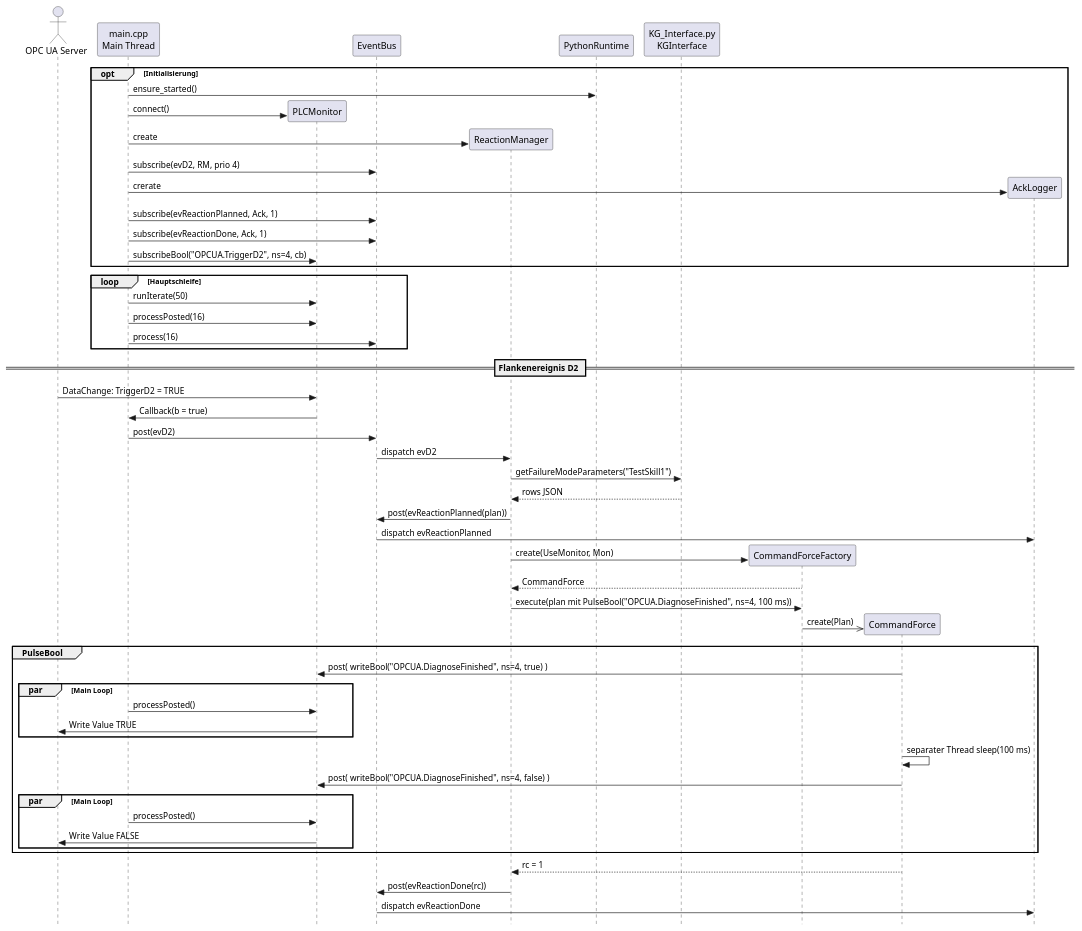
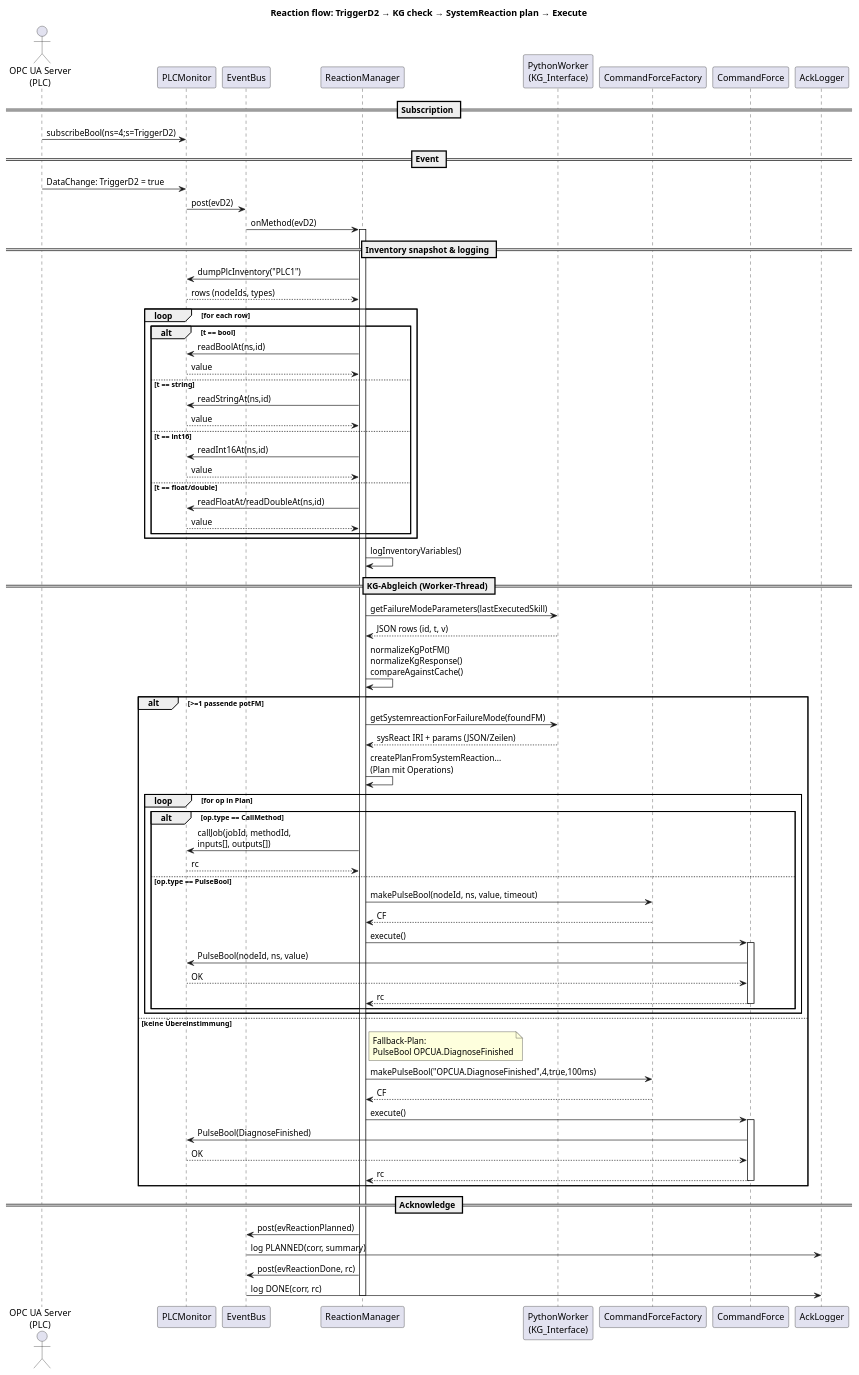
Before and after one commit to verkal1999/FMEA-MSR-EventSystem: the diagram in sequenz.plantuml, drawn with PlantUML.

```diff
--- a/sequenz.plantuml
+++ b/sequenz.plantuml
@@ -1,78 +1,88 @@
-@startuml Sequence
+@startuml
+title Reaction flow: TriggerD2 → KG check → SystemReaction plan → Execute
 
-
-skinparam style strictuml
-
-actor "OPC UA Server" as Server
-participant "main.cpp\nMain Thread" as Main
+actor "OPC UA Server\n(PLC)" as PLC
 participant "PLCMonitor" as Mon
 participant "EventBus" as Bus
 participant "ReactionManager" as RM
-participant "PythonRuntime" as PyRt
-participant "KG_Interface.py\nKGInterface" as KG
+participant "PythonWorker\n(KG_Interface)" as KG
 participant "CommandForceFactory" as CFF
 participant "CommandForce" as CF
 participant "AckLogger" as Ack
 
-opt Initialisierung
-  Main -> PyRt : ensure_started()
-  create Mon
-  Main -> Mon : connect()
-  create Bus
-  create RM
-  Main -> RM : create
-  Main -> Bus : subscribe(evD2, RM, prio 4)
-  create Ack
-  Main -> Ack : crerate
-  Main -> Bus : subscribe(evReactionPlanned, Ack, 1)
-  Main -> Bus : subscribe(evReactionDone, Ack, 1)
-  Main -> Mon : subscribeBool("OPCUA.TriggerD2", ns=4, cb)
+== Subscription ==
+PLC -> Mon: subscribeBool(ns=4;s=TriggerD2)
+
+== Event ==
+PLC -> Mon: DataChange: TriggerD2 = true
+Mon -> Bus: post(evD2)
+Bus -> RM: onMethod(evD2)
+activate RM
+
+== Inventory snapshot & logging ==
+RM -> Mon: dumpPlcInventory("PLC1")
+Mon --> RM: rows (nodeIds, types)
+loop for each row
+  alt t == bool
+    RM -> Mon: readBoolAt(ns,id)
+    Mon --> RM: value
+  else t == string
+    RM -> Mon: readStringAt(ns,id)
+    Mon --> RM: value
+  else t == int16
+    RM -> Mon: readInt16At(ns,id)
+    Mon --> RM: value
+  else t == float/double
+    RM -> Mon: readFloatAt/readDoubleAt(ns,id)
+    Mon --> RM: value
+  end
+end
+RM -> RM: logInventoryVariables()
+
+== KG-Abgleich (Worker-Thread) ==
+RM -> KG: getFailureModeParameters(lastExecutedSkill)
+KG --> RM: JSON rows (id, t, v)
+RM -> RM: normalizeKgPotFM()\nnormalizeKgResponse()\ncompareAgainstCache()
+
+alt >=1 passende potFM
+  RM -> KG: getSystemreactionForFailureMode(foundFM)
+  KG --> RM: sysReact IRI + params (JSON/Zeilen)
+  RM -> RM: createPlanFromSystemReaction...\n(Plan mit Operations)
+  loop for op in Plan
+    alt op.type == CallMethod
+      RM -> Mon: callJob(jobId, methodId,\ninputs[], outputs[])
+      Mon --> RM: rc
+    else op.type == PulseBool
+      RM -> CFF: makePulseBool(nodeId, ns, value, timeout)
+      CFF --> RM: CF
+      RM -> CF: execute()
+      activate CF
+      CF -> Mon: PulseBool(nodeId, ns, value)
+      Mon --> CF: OK
+      CF --> RM: rc
+      deactivate CF
+    end
+  end
+else keine Übereinstimmung
+  note right of RM
+    Fallback-Plan:
+    PulseBool OPCUA.DiagnoseFinished
+  end note
+  RM -> CFF: makePulseBool("OPCUA.DiagnoseFinished",4,true,100ms)
+  CFF --> RM: CF
+  RM -> CF: execute()
+  activate CF
+  CF -> Mon: PulseBool(DiagnoseFinished)
+  Mon --> CF: OK
+  CF --> RM: rc
+  deactivate CF
 end
 
-loop Hauptschleife
-  Main -> Mon : runIterate(50)
-  Main -> Mon : processPosted(16)
-  Main -> Bus : process(16)
-end
+== Acknowledge ==
+RM -> Bus: post(evReactionPlanned)
+Bus -> Ack: log PLANNED(corr, summary)
+RM -> Bus: post(evReactionDone, rc)
+Bus -> Ack: log DONE(corr, rc)
 
-== Flankenereignis D2 ==
-
-Server -> Mon : DataChange: TriggerD2 = TRUE
-Mon -> Main : Callback(b = true)
-Main -> Bus : post(evD2)
-
-Bus -> RM : dispatch evD2
-
-RM -> KG : getFailureModeParameters("TestSkill1")
-KG --> RM : rows JSON
-RM -> Bus : post(evReactionPlanned(plan))
-Bus -> Ack : dispatch evReactionPlanned
-create CFF
-RM -> CFF : create(UseMonitor, Mon)
-CFF --> RM : CommandForce
-RM -> CFF : execute(plan mit PulseBool("OPCUA.DiagnoseFinished", ns=4, 100 ms))
-create CF
-CFF->> CF : create(Plan)
-
-group PulseBool
-  CF -> Mon : post( writeBool("OPCUA.DiagnoseFinished", ns=4, true) )
-  par Main Loop
-    Main -> Mon : processPosted()
-    Mon -> Server : Write Value TRUE
-  end
-
-  CF -> CF : separater Thread sleep(100 ms)
-
-  CF -> Mon : post( writeBool("OPCUA.DiagnoseFinished", ns=4, false) )
-  par Main Loop
-    Main -> Mon : processPosted()
-    Mon -> Server : Write Value FALSE
-  end
-end
-
-CF --> RM : rc = 1
-
-RM -> Bus : post(evReactionDone(rc))
-Bus -> Ack : dispatch evReactionDone
-
+deactivate RM
 @enduml
```
